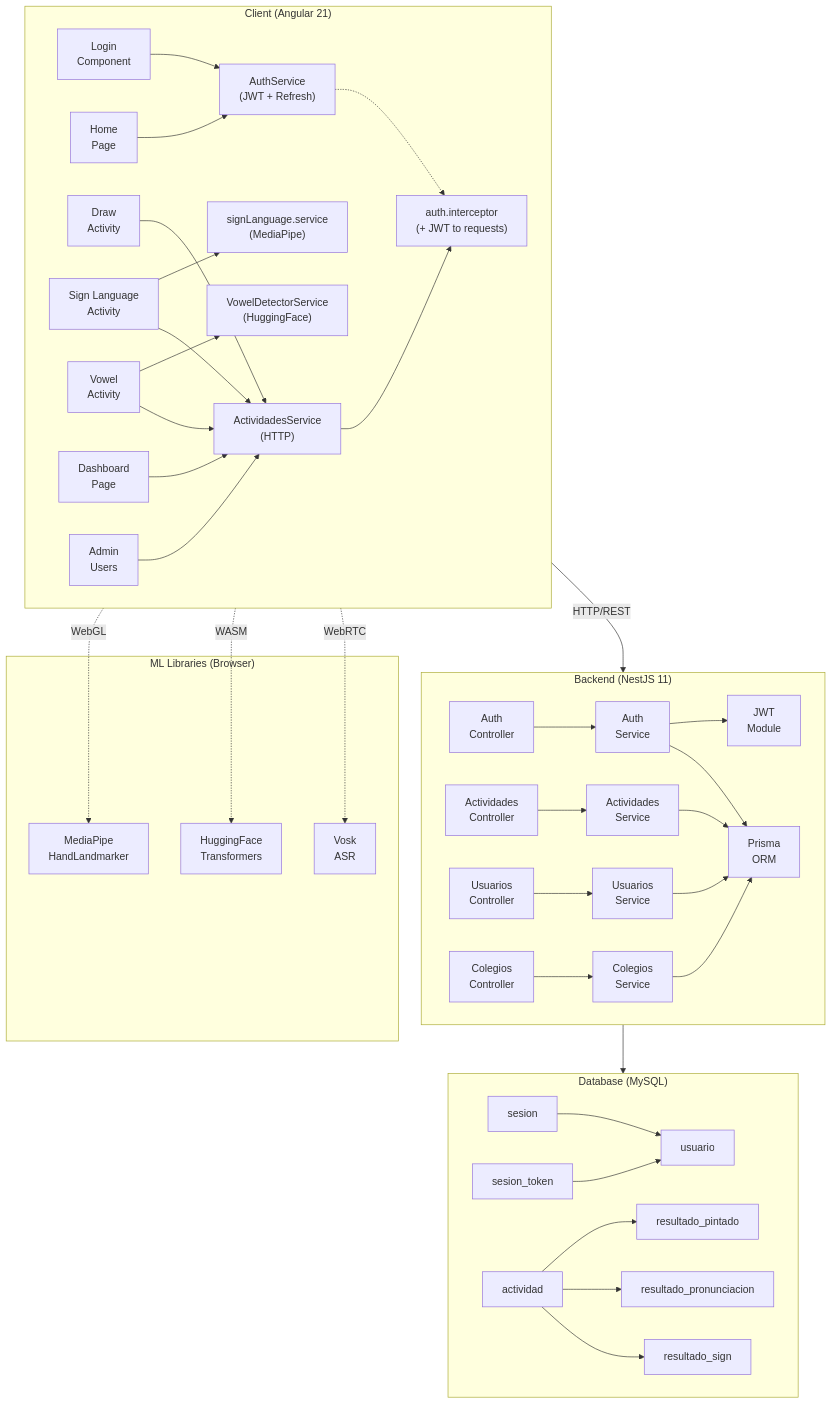
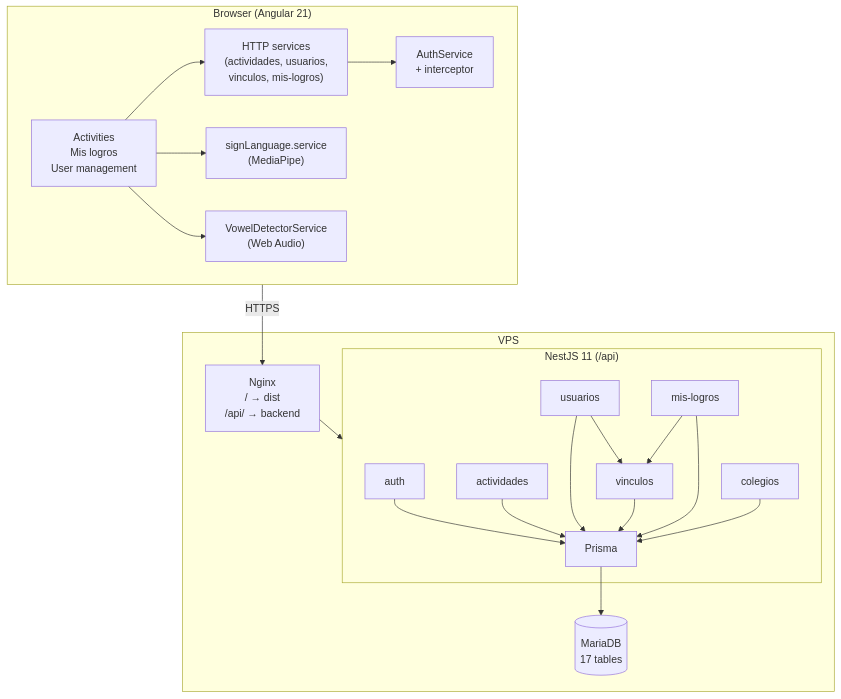
One commit to JoseBustamanteM/contuvoz changed the first of 2 diagrams in ARCHITECTURE.md. Above: the diagram before and after it, drawn with Mermaid. The commit also changed other lines of this file, not shown here.

First line of the commit message:
ARCHITECTURE.md alineado con el proyecto actual

````diff
--- a/ARCHITECTURE.md
+++ b/ARCHITECTURE.md
@@ -404,89 +319,41 @@
 ```mermaid
 graph TB
-    subgraph Client["Client (Angular 21)"]
+    subgraph Client["Browser (Angular 21)"]
         direction LR
-        Login["Login<br/>Component"]
-        Home["Home<br/>Page"]
-        Draw["Draw<br/>Activity"]
-        Sign["Sign Language<br/>Activity"]
-        Talk["Vowel<br/>Activity"]
-        Dashboard["Dashboard<br/>Page"]
-        Admin["Admin<br/>Users"]
-        
-        AuthSvc["AuthService<br/>(JWT + Refresh)"]
-        ActSvc["ActividadesService<br/>(HTTP)"]
+        Pages["Activities<br/>Mis logros<br/>User management"]
+        AuthSvc["AuthService<br/>+ interceptor"]
+        Services["HTTP services<br/>(actividades, usuarios,<br/>vinculos, mis-logros)"]
         SignSvc["signLanguage.service<br/>(MediaPipe)"]
-        VowelSvc["VowelDetectorService<br/>(HuggingFace)"]
-        Interceptor["auth.interceptor<br/>(+ JWT to requests)"]
-        
-        Login --> AuthSvc
-        Home --> AuthSvc
-        Draw --> ActSvc
-        Sign --> SignSvc
-        Sign --> ActSvc
-        Talk --> VowelSvc
-        Talk --> ActSvc
-        Dashboard --> ActSvc
-        Admin --> ActSvc
-        
-        AuthSvc -.-> Interceptor
-        ActSvc --> Interceptor
+        VowelSvc["VowelDetectorService<br/>(Web Audio)"]
+        Pages --> Services
+        Pages --> SignSvc
+        Pages --> VowelSvc
+        Services --> AuthSvc
     end
-    
-    subgraph Backend["Backend (NestJS 11)"]
-        direction LR
-        AuthCtrl["Auth<br/>Controller"]
-        AuthMod["Auth<br/>Service"]
-        ActCtrl["Actividades<br/>Controller"]
-        ActMod["Actividades<br/>Service"]
-        UsrCtrl["Usuarios<br/>Controller"]
-        UsrMod["Usuarios<br/>Service"]
-        ColCtrl["Colegios<br/>Controller"]
-        ColMod["Colegios<br/>Service"]
-        
-        Prisma["Prisma<br/>ORM"]
-        JWT["JWT<br/>Module"]
-        
-        AuthCtrl --> AuthMod
-        AuthMod --> JWT
-        AuthMod --> Prisma
-        
-        ActCtrl --> ActMod
-        ActMod --> Prisma
-        
-        UsrCtrl --> UsrMod
-        UsrMod --> Prisma
-        
-        ColCtrl --> ColMod
-        ColMod --> Prisma
+
+    subgraph Server["VPS"]
+        Nginx["Nginx<br/>/ → dist<br/>/api/ → backend"]
+        subgraph Backend["NestJS 11 (/api)"]
+            Auth["auth"]
+            Act["actividades"]
+            Usr["usuarios"]
+            Vin["vinculos"]
+            Log["mis-logros"]
+            Col["colegios"]
+            Prisma["Prisma"]
+            Auth --> Prisma
+            Act --> Prisma
+            Usr --> Prisma
+            Usr --> Vin
+            Vin --> Prisma
+            Log --> Prisma
+            Log --> Vin
+            Col --> Prisma
+        end
+        DB[("MariaDB<br/>17 tables")]
+        Prisma --> DB
+        Nginx --> Backend
     end
-    
-    subgraph Libs["ML Libraries (Browser)"]
-        MediaPipe["MediaPipe<br/>HandLandmarker"]
-        HF["HuggingFace<br/>Transformers"]
-        Vosk["Vosk<br/>ASR"]
-    end
-    
-    subgraph DB["Database (MySQL)"]
-        direction LR
-        Usuario["usuario"]
-        Actividad["actividad"]
-        ResDrawing["resultado_pintado"]
-        ResPronun["resultado_pronunciacion"]
-        ResSign["resultado_sign"]
-        Sesion["sesion"]
-        SesionToken["sesion_token"]
-        
-        Actividad --> ResDrawing
-        Actividad --> ResPronun
-        Actividad --> ResSign
-        Sesion --> Usuario
-        SesionToken --> Usuario
-    end
-    
-    Client -->|HTTP/REST| Backend
-    Backend --> DB
-    Sign -.->|WebGL| MediaPipe
-    Talk -.->|WASM| HF
-    Talk -.->|WebRTC| Vosk
+
+    Client -->|HTTPS| Nginx
 ```
````
